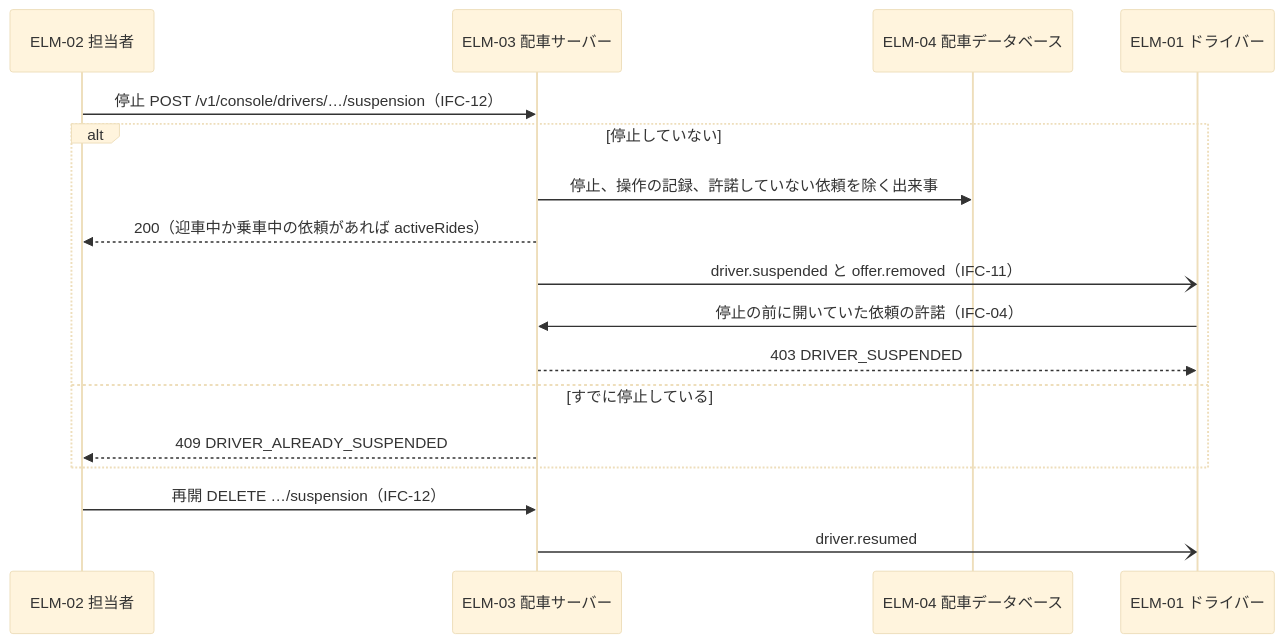
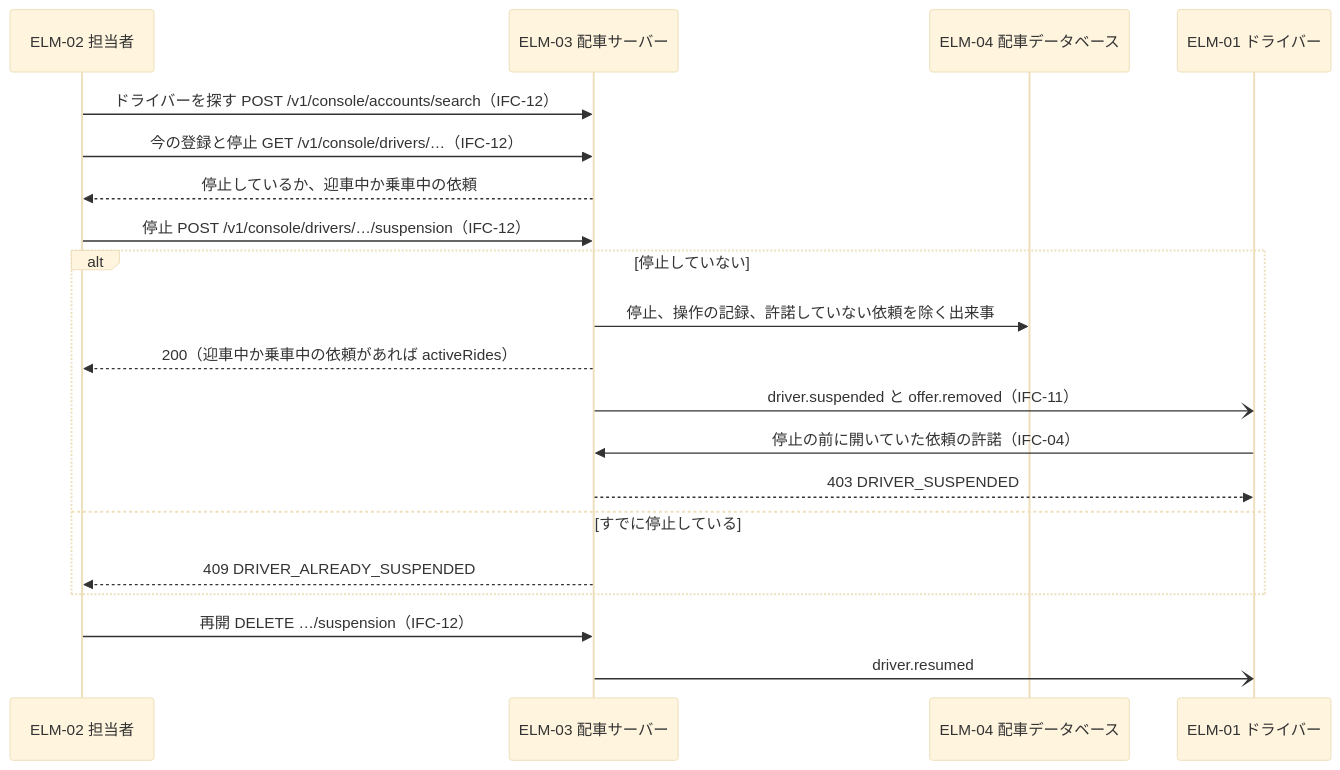
Before and after one commit to Taro000/ride-hailing-app-demo: diagram 22 of 57 in docs/design/3-high-level-design.md, drawn with Mermaid (base theme). The commit also changed other lines of this file and 51 other files, not shown here.

````diff
--- a/docs/design/3-high-level-design.md
+++ b/docs/design/3-high-level-design.md
@@ -737,19 +837,22 @@
 ```mermaid
 sequenceDiagram
   participant O as ELM-02 担当者
   participant S as ELM-03 配車サーバー
   participant DB as ELM-04 配車データベース
   participant D as ELM-01 ドライバー
+  O->>S: ドライバーを探す POST /v1/console/accounts/search（IFC-12）
+  O->>S: 今の登録と停止 GET /v1/console/drivers/…（IFC-12）
+  S-->>O: 停止しているか、迎車中か乗車中の依頼
   O->>S: 停止 POST /v1/console/drivers/…/suspension（IFC-12）
   alt 停止していない
     S->>DB: 停止、操作の記録、許諾していない依頼を除く出来事
     S-->>O: 200（迎車中か乗車中の依頼があれば activeRides）
     S-)D: driver.suspended と offer.removed（IFC-11）
     D->>S: 停止の前に開いていた依頼の許諾（IFC-04）
     S-->>D: 403 DRIVER_SUSPENDED
   else すでに停止している
     S-->>O: 409 DRIVER_ALREADY_SUSPENDED
   end
   O->>S: 再開 DELETE …/suspension（IFC-12）
   S-)D: driver.resumed
 ```
````
